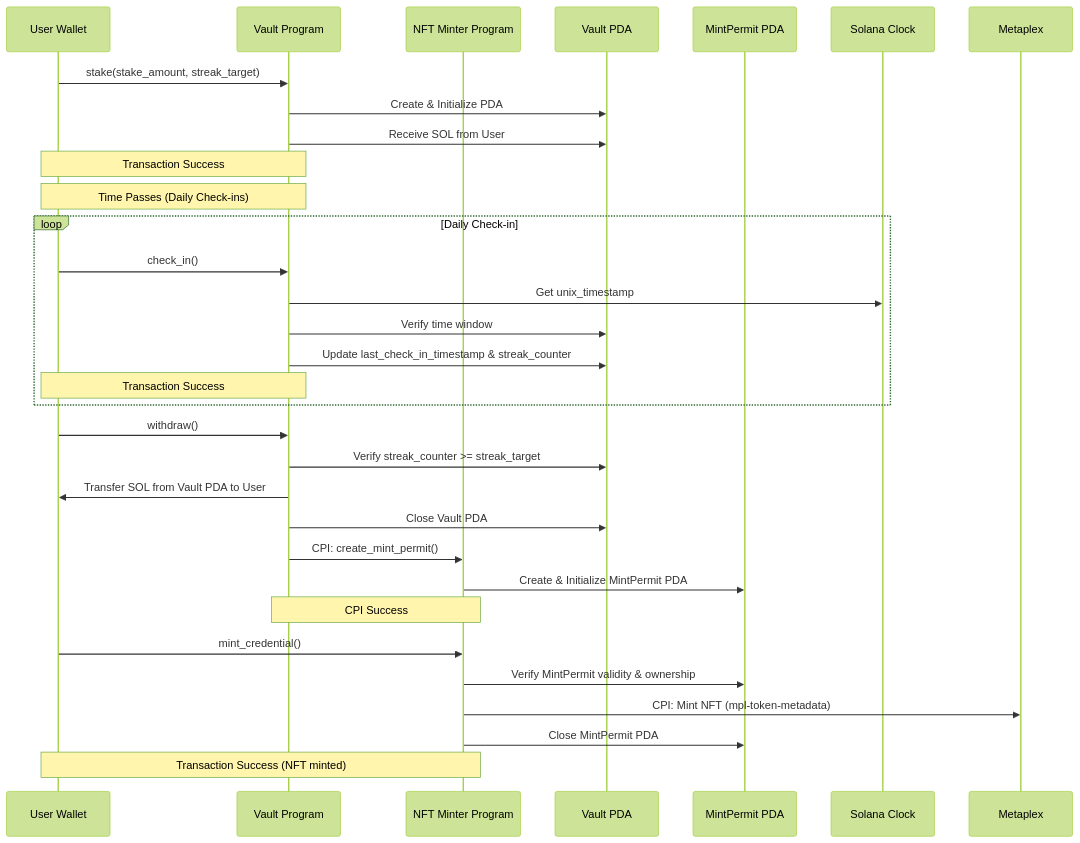
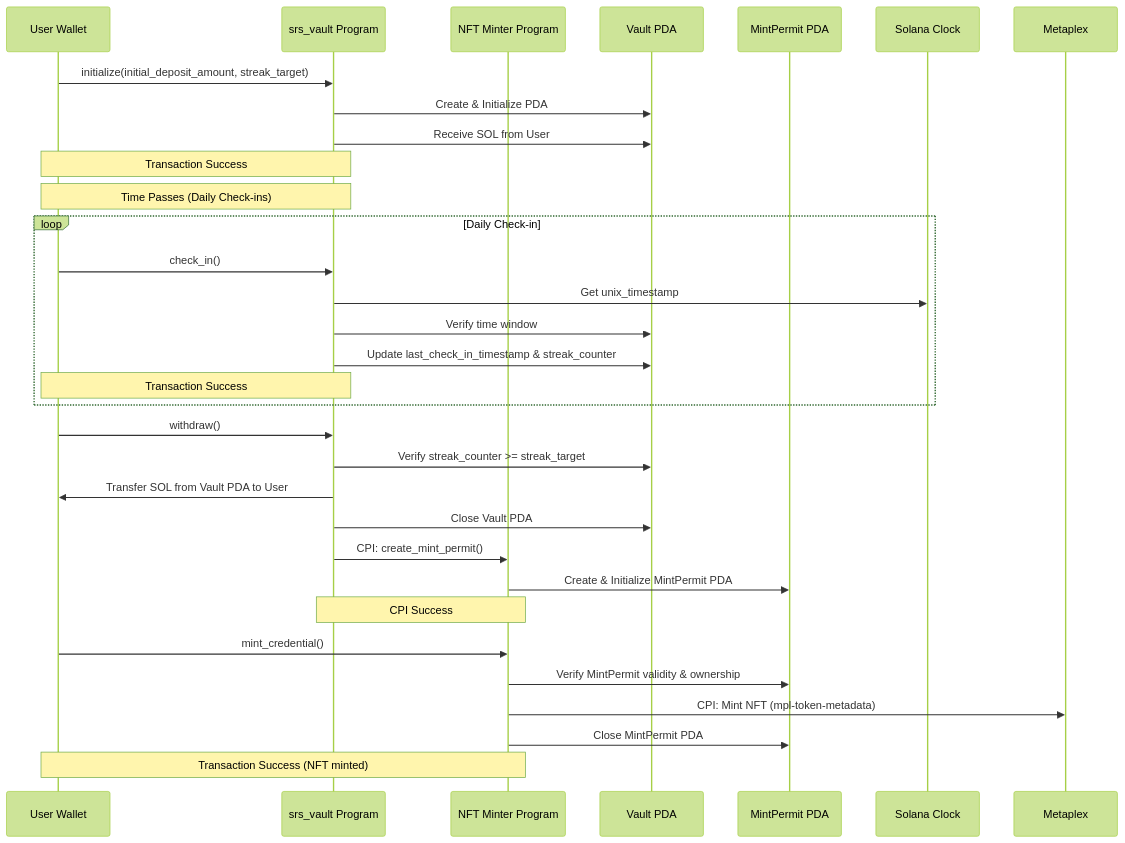
The second of 2 diagrams in docs/architecture.md (indralukmana/turbin3_Q3_indralukmana_capstone), drawn with Mermaid (forest theme) before and after one commit. The commit also changed other lines of this file and 10 other files, not shown here.

````diff
--- a/docs/architecture.md
+++ b/docs/architecture.md
@@ -191,38 +238,38 @@
 ```mermaid
 sequenceDiagram
     participant U as User Wallet
-    participant V as Vault Program
+    participant V as srs_vault Program
     participant N as NFT Minter Program
     participant SV as Vault PDA
     participant SP as MintPermit PDA
     participant S as Solana Clock
 
-    U->>V: stake(stake_amount, streak_target)
+    U->>V: initialize(initial_deposit_amount, streak_target)
     V->>SV: Create & Initialize PDA
     V->>SV: Receive SOL from User
     Note over U,V: Transaction Success
 
     Note over U,V: Time Passes (Daily Check-ins)
 
     loop Daily Check-in
         U->>V: check_in()
         V->>S: Get unix_timestamp
         V->>SV: Verify time window
         V->>SV: Update last_check_in_timestamp & streak_counter
         Note over U,V: Transaction Success
     end
 
     U->>V: withdraw()
     V->>SV: Verify streak_counter >= streak_target
     V->>U: Transfer SOL from Vault PDA to User
     V->>SV: Close Vault PDA
     V->>N: CPI: create_mint_permit()
     N->>SP: Create & Initialize MintPermit PDA
     Note over V,N: CPI Success
 
     U->>N: mint_credential()
     N->>SP: Verify MintPermit validity & ownership
     N->>Metaplex: CPI: Mint NFT (mpl-token-metadata)
     N->>SP: Close MintPermit PDA
     Note over U,N: Transaction Success (NFT minted)
 ```
````
